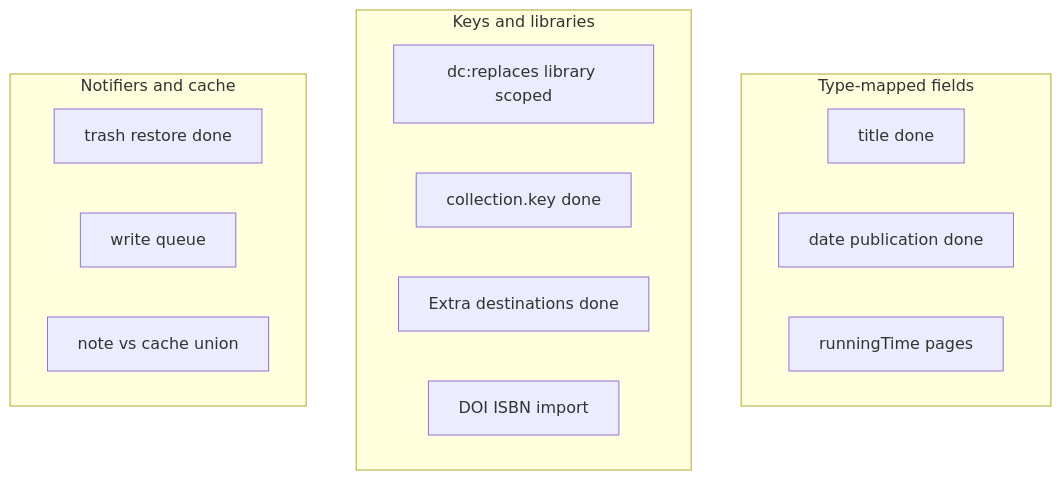
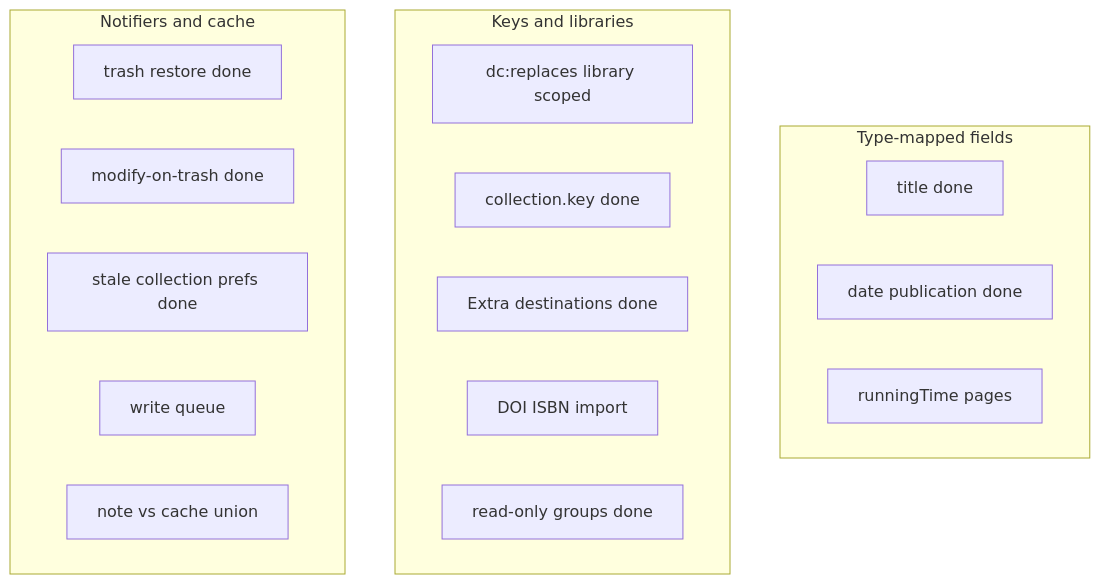
One commit to janbaykara/zotero-syllabus changed the diagram in .cursor/plans/edge_case_catalog_f566d0b4.plan.md. Above: the diagram before and after it, drawn with Mermaid. The commit also changed other lines of this file, not shown here.

First line of the commit message:
Mark third-wave robustness items done in the catalog

````diff
--- a/.cursor/plans/edge_case_catalog_f566d0b4.plan.md
+++ b/.cursor/plans/edge_case_catalog_f566d0b4.plan.md
@@ -42,19 +54,22 @@
 ```mermaid
 flowchart TD
   subgraph fields [Type-mapped fields]
     title[title done]
     date[date publication done]
     runtime[runningTime pages]
   end
   subgraph keys [Keys and libraries]
     merge[dc:replaces library scoped]
     collKey[collection.key done]
     extraMove[Extra destinations done]
     doiIsbn[DOI ISBN import]
+    readonly[read-only groups done]
   end
   subgraph events [Notifiers and cache]
     trash[trash restore done]
+    deletedModify[modify-on-trash done]
+    prefs[stale collection prefs done]
     writeQ[write queue]
     noteMerge[note vs cache union]
   end
 ```
````
